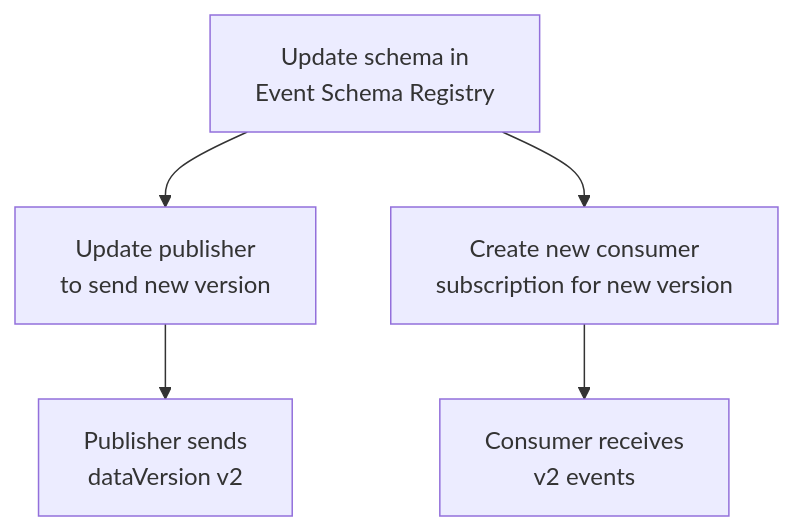
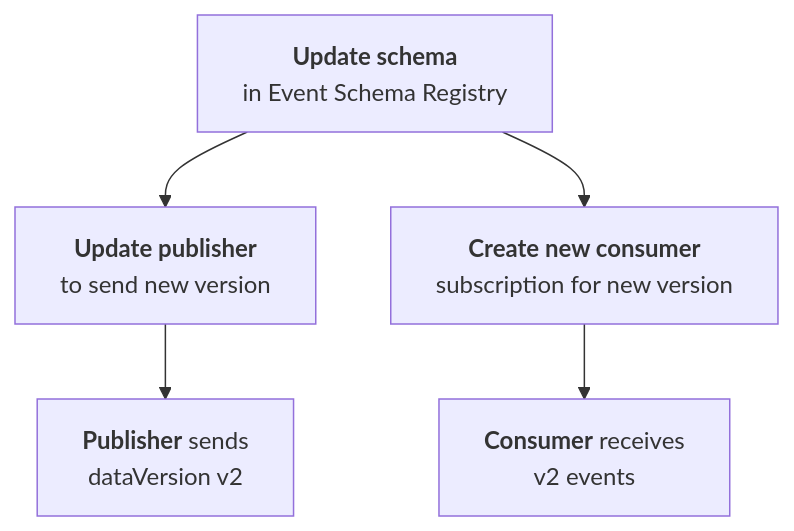
The diagram in docs/business-events/design-guides/schema-versioning.md (microsoft/fabric-events), drawn with Mermaid before and after one commit. The commit also changed 225 other files, not shown here.

````diff
--- a/docs/business-events/design-guides/schema-versioning.md
+++ b/docs/business-events/design-guides/schema-versioning.md
@@ -20,7 +20,13 @@
 ```mermaid
-flowchart TD
-    A[Update schema in\nEvent Schema Registry] --> B[Update publisher\nto send new version]
-    A --> C[Create new consumer\nsubscription for new version]
-    B --> D[Publisher sends\ndataVersion v2]
-    C --> E[Consumer receives\nv2 events]
+flowchart TB
+    A["<b>Update schema</b><br/>in Event Schema Registry"]
+    B["<b>Update publisher</b><br/>to send new version"]
+    C["<b>Create new consumer</b><br/>subscription for new version"]
+    D["<b>Publisher</b> sends<br/>dataVersion v2"]
+    E["<b>Consumer</b> receives<br/>v2 events"]
+
+    A --> B
+    A --> C
+    B --> D
+    C --> E
 ```
````
